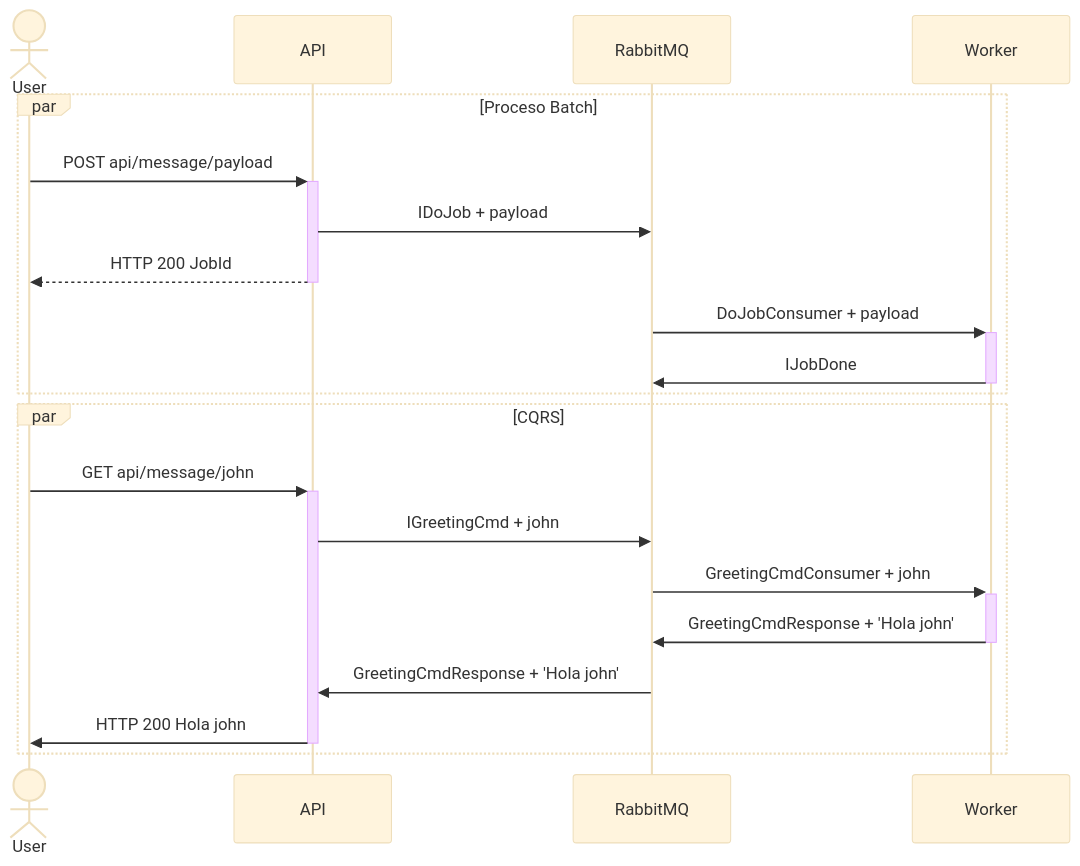
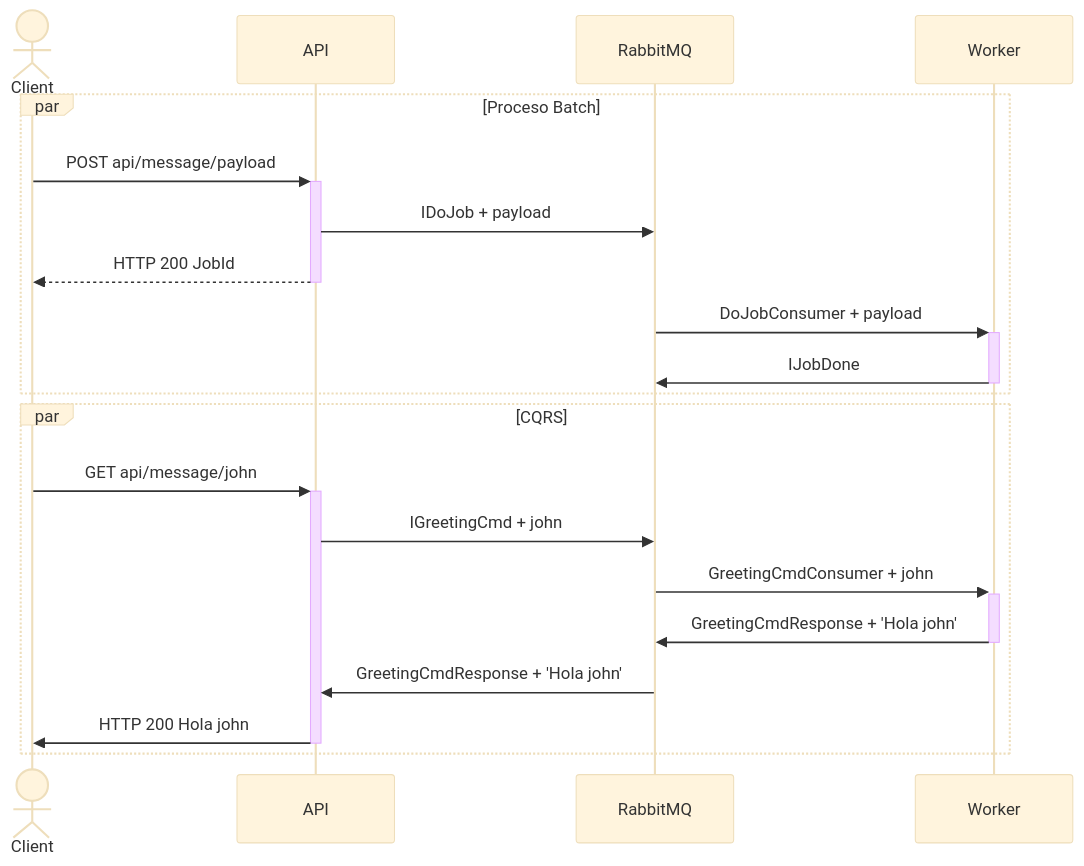
The diagram in README.md (ARQSW2/tp-containers), drawn with Mermaid (base theme) before and after one commit. The commit also changed other lines of this file and 3 other files, not shown here.

````diff
--- a/README.md
+++ b/README.md
@@ -19,19 +21,19 @@
 ```mermaid
 sequenceDiagram
   par Proceso Batch
-    actor User
-    User->>+API: POST api/message/payload
+    actor Client
+    Client->>+API: POST api/message/payload
     API->>RabbitMQ: IDoJob + payload
-    API-->>-User:HTTP 200 JobId
+    API-->>-Client:HTTP 200 JobId
     RabbitMQ->>+Worker: DoJobConsumer + payload
     Worker->>-RabbitMQ: IJobDone
   end
   par CQRS
-    User->>+API: GET api/message/john
+    Client->>+API: GET api/message/john
     API->>RabbitMQ: IGreetingCmd + john
     RabbitMQ->>+Worker: GreetingCmdConsumer + john
     Worker->>-RabbitMQ: GreetingCmdResponse + 'Hola john'
     RabbitMQ->>API: GreetingCmdResponse + 'Hola john'
-    API->>-User: HTTP 200 Hola john
+    API->>-Client: HTTP 200 Hola john
   end
 ```
````
